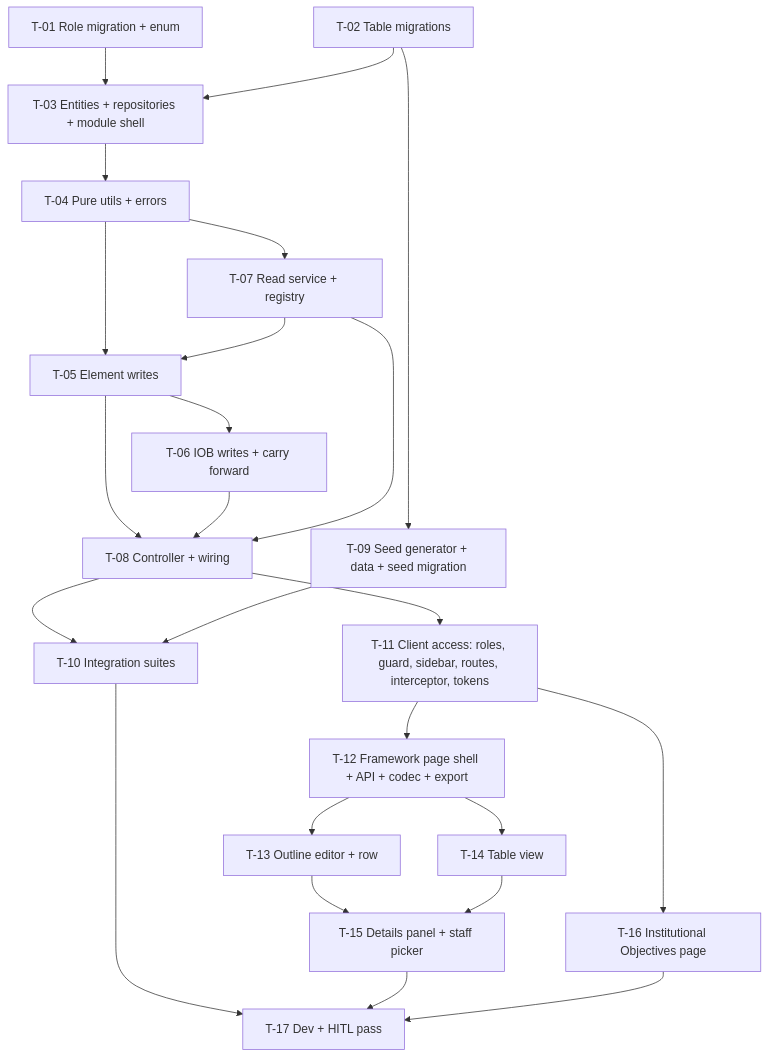
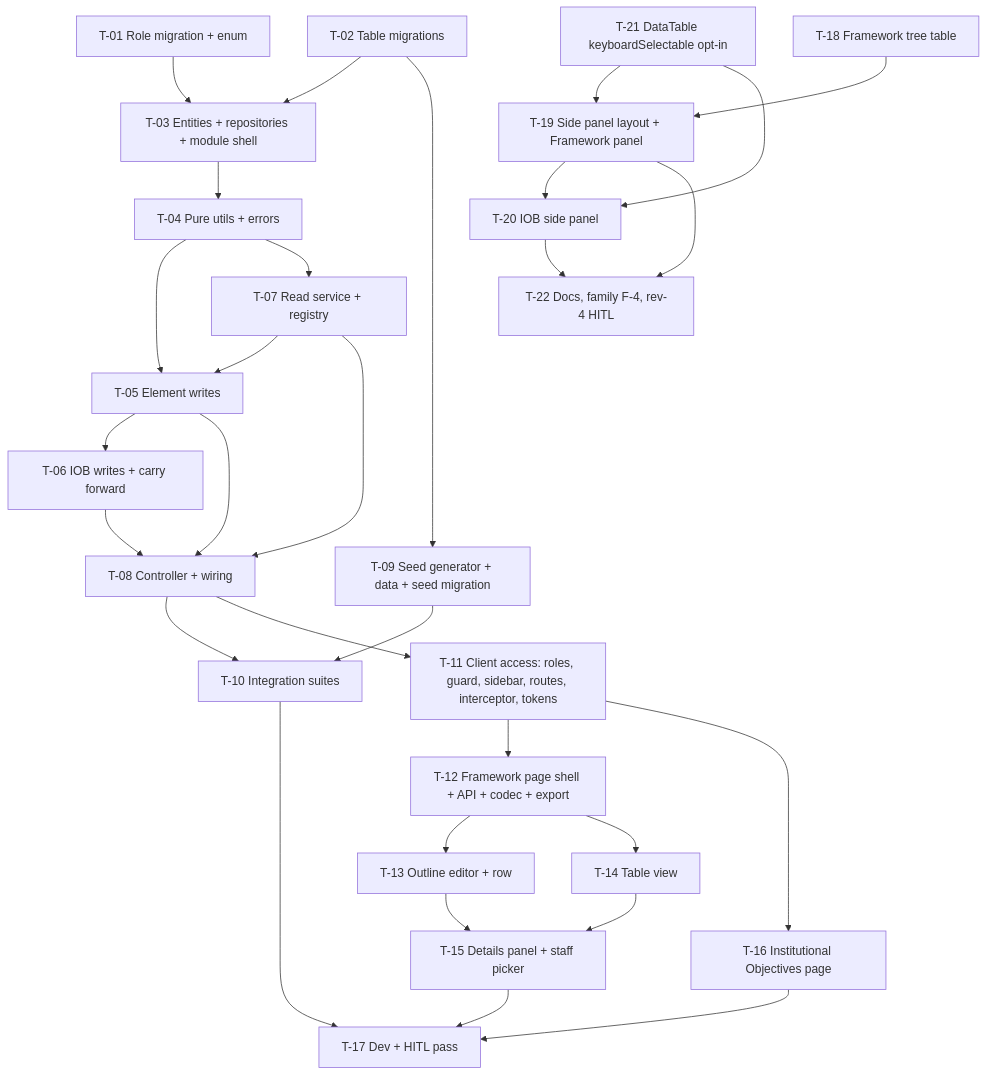
One commit to AllianceBioversityCIAT/alliance-research-indicators-main changed the diagram in docs/specs/institutional-performance/strategy-framework/tasks.md. Above: the diagram before and after it, drawn with Mermaid. The commit also changed other lines of this file and 4 other files, not shown here.

Commit message:
[SPEC:institutional-performance/strategy-framework] docs(strategy-framework): rev 4 layout amendment (tree table + side panel, T-18…T-22)

````diff
--- a/docs/specs/institutional-performance/strategy-framework/tasks.md
+++ b/docs/specs/institutional-performance/strategy-framework/tasks.md
@@ -25,26 +27,32 @@
 ```mermaid
 graph TD
   T01[T-01 Role migration + enum] --> T03
   T02[T-02 Table migrations] --> T03[T-03 Entities + repositories + module shell]
   T03 --> T04[T-04 Pure utils + errors]
   T04 --> T05[T-05 Element writes]
   T04 --> T07[T-07 Read service + registry]
   T05 --> T06[T-06 IOB writes + carry forward]
   T07 --> T05
   T05 --> T08[T-08 Controller + wiring]
   T06 --> T08
   T07 --> T08
   T02 --> T09[T-09 Seed generator + data + seed migration]
   T08 --> T10[T-10 Integration suites]
   T09 --> T10
   T08 --> T11[T-11 Client access: roles, guard, sidebar, routes, interceptor, tokens]
   T11 --> T12[T-12 Framework page shell + API + codec + export]
   T12 --> T13[T-13 Outline editor + row]
   T12 --> T14[T-14 Table view]
   T13 --> T15[T-15 Details panel + staff picker]
   T14 --> T15
   T11 --> T16[T-16 Institutional Objectives page]
   T10 --> T17[T-17 Dev + HITL pass]
   T15 --> T17
   T16 --> T17
+  T21[T-21 DataTable keyboardSelectable opt-in] --> T19
+  T18[T-18 Framework tree table] --> T19[T-19 Side panel layout + Framework panel]
+  T19 --> T20[T-20 IOB side panel]
+  T21 --> T20
+  T19 --> T22[T-22 Docs, family F-4, rev-4 HITL]
+  T20 --> T22
 ```
````
